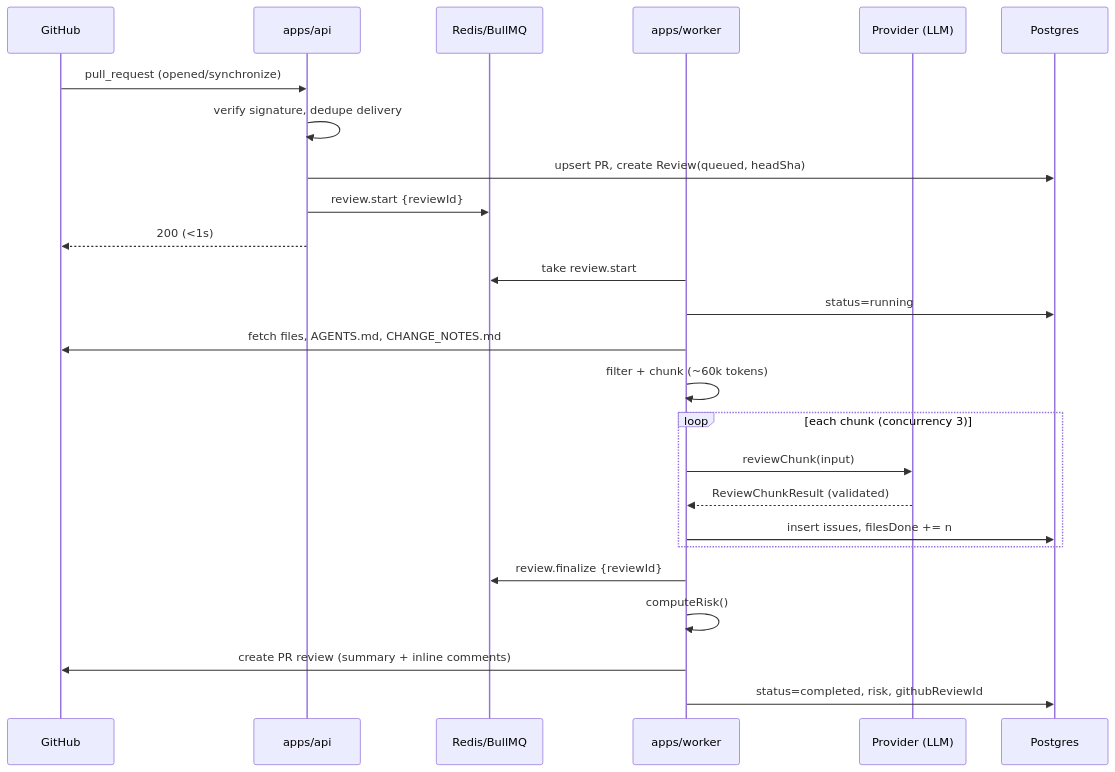
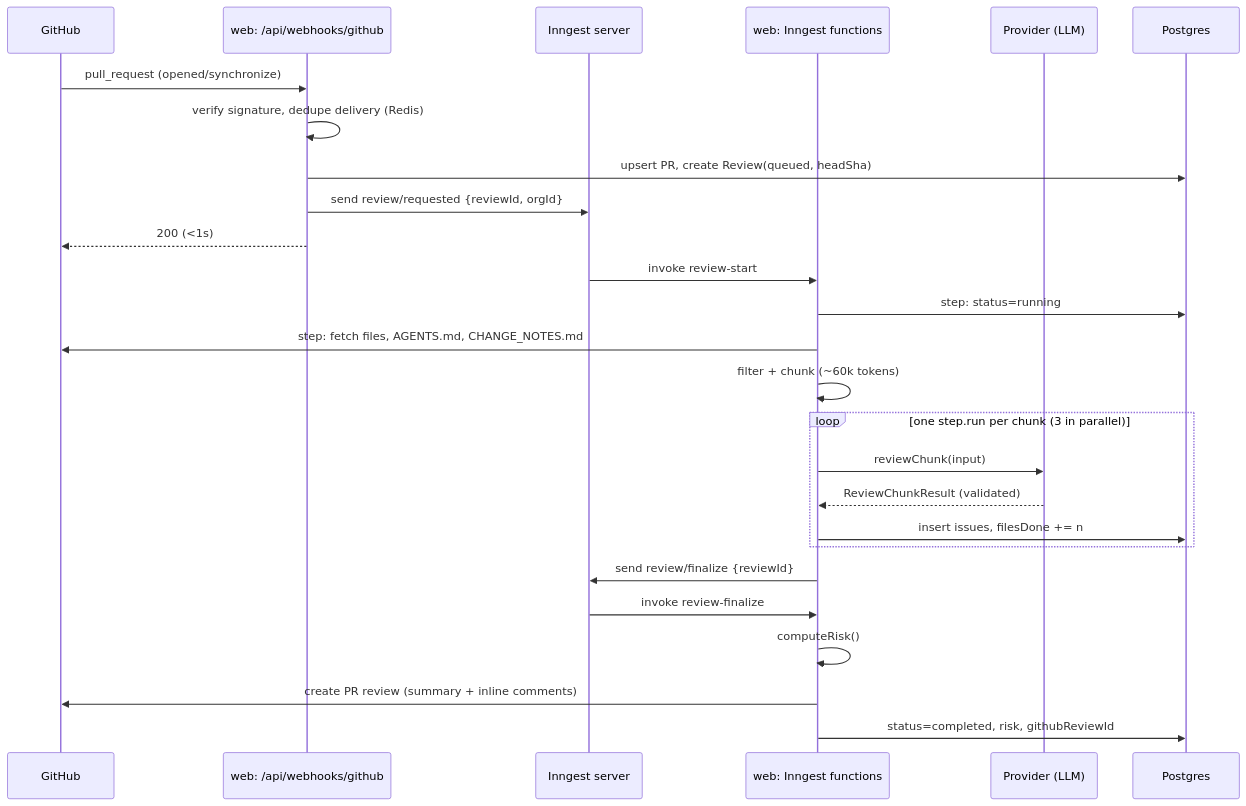
The second of 5 diagrams in docs/architecture.md (Viris168/Crosscheck), drawn with Mermaid before and after one commit. The commit also changed other lines of this file and 17 other files, not shown here.

````diff
--- a/docs/architecture.md
+++ b/docs/architecture.md
@@ -63,27 +67,28 @@
 ```mermaid
 sequenceDiagram
   participant GH as GitHub
-  participant API as apps/api
-  participant Q as Redis/BullMQ
-  participant W as apps/worker
+  participant WH as web: /api/webhooks/github
+  participant I as Inngest server
+  participant F as web: Inngest functions
   participant P as Provider (LLM)
   participant DB as Postgres
-  GH->>API: pull_request (opened/synchronize)
-  API->>API: verify signature, dedupe delivery
-  API->>DB: upsert PR, create Review(queued, headSha)
-  API->>Q: review.start {reviewId}
-  API-->>GH: 200 (<1s)
-  W->>Q: take review.start
-  W->>DB: status=running
-  W->>GH: fetch files, AGENTS.md, CHANGE_NOTES.md
-  W->>W: filter + chunk (~60k tokens)
-  loop each chunk (concurrency 3)
-    W->>P: reviewChunk(input)
-    P-->>W: ReviewChunkResult (validated)
-    W->>DB: insert issues, filesDone += n
+  GH->>WH: pull_request (opened/synchronize)
+  WH->>WH: verify signature, dedupe delivery (Redis)
+  WH->>DB: upsert PR, create Review(queued, headSha)
+  WH->>I: send review/requested {reviewId, orgId}
+  WH-->>GH: 200 (<1s)
+  I->>F: invoke review-start
+  F->>DB: step: status=running
+  F->>GH: step: fetch files, AGENTS.md, CHANGE_NOTES.md
+  F->>F: filter + chunk (~60k tokens)
+  loop one step.run per chunk (3 in parallel)
+    F->>P: reviewChunk(input)
+    P-->>F: ReviewChunkResult (validated)
+    F->>DB: insert issues, filesDone += n
   end
-  W->>Q: review.finalize {reviewId}
-  W->>W: computeRisk()
-  W->>GH: create PR review (summary + inline comments)
-  W->>DB: status=completed, risk, githubReviewId
+  F->>I: send review/finalize {reviewId}
+  I->>F: invoke review-finalize
+  F->>F: computeRisk()
+  F->>GH: create PR review (summary + inline comments)
+  F->>DB: status=completed, risk, githubReviewId
 ```
````
